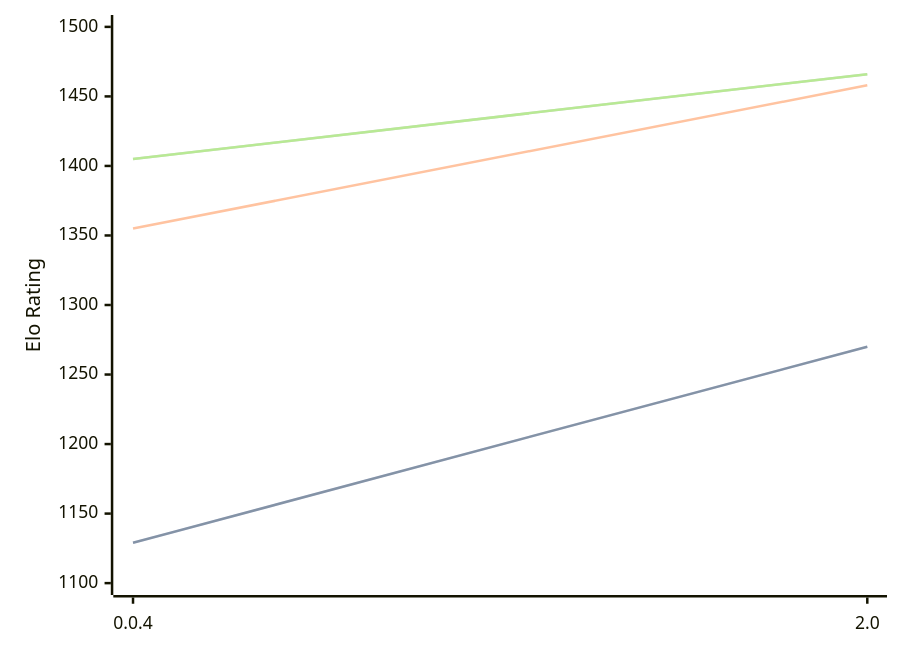
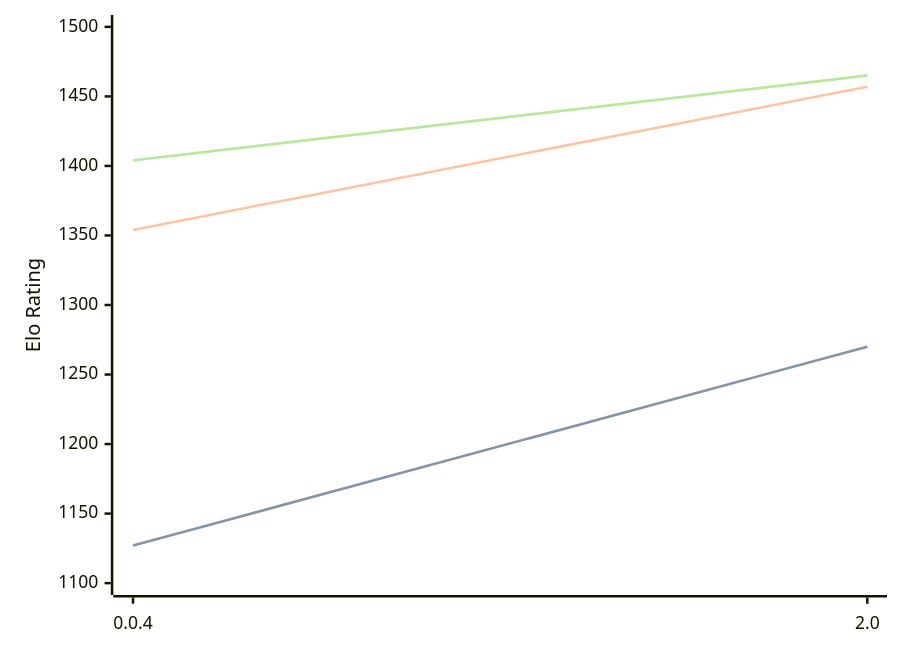
One commit to computer-chess-index/cci changed the third of 3 diagrams in engines/Oops!Mate.md. Above: the diagram before and after it, drawn with Mermaid. The commit also changed other lines of this file, not shown here.

Commit message:
Update CCI Ratings (ELO VLTC) - 2026-06-20

````diff
--- a/engines/Oops!Mate.md
+++ b/engines/Oops!Mate.md
@@ -85,11 +85,11 @@
 ```mermaid
 %%{init: {"theme":"base","themeVariables":{"seriesColors:['#a3a3a3','#222221','#faa371']}}}%%
 xychart-beta
   x-axis ["0.0.4", "2.0"]
   y-axis "Elo Rating" 1100 --> 1500
-  line "STC (8.0+0.08s)" [1129, 1270]
-  line "STC (8.0+0.08s)" [1129, 1270]
-  line "LTC (60.0+0.60s)" [1355, 1458]
-  line "VLTC (2m24s+1.12s)" [1405, 1466]
-  line "VLTC (2m24s+1.12s)" [1405, 1466]
+  line "STC (8.0+0.08s)" [1127, 1270]
+  line "STC (8.0+0.08s)" [1127, 1270]
+  line "LTC (60.0+0.60s)" [1354, 1457]
+  line "VLTC (2m24s+1.12s)" [1404, 1465]
+  line "VLTC (2m24s+1.12s)" [1404, 1465]
 ```
````
